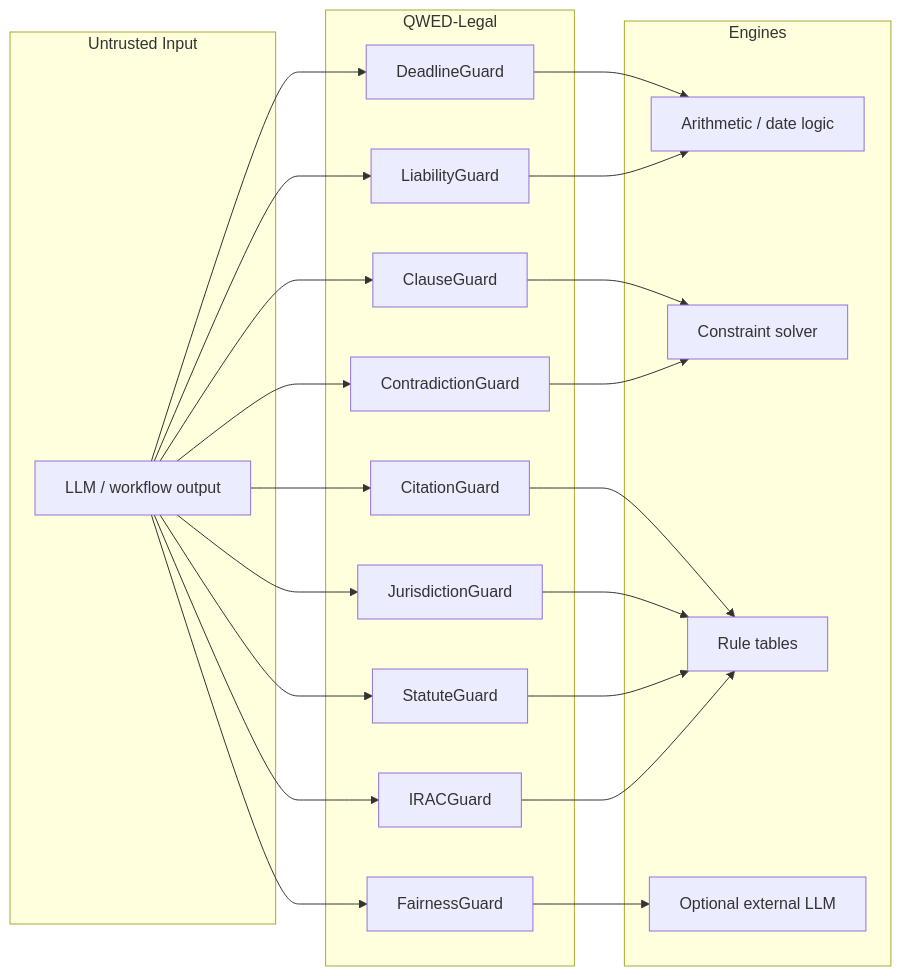
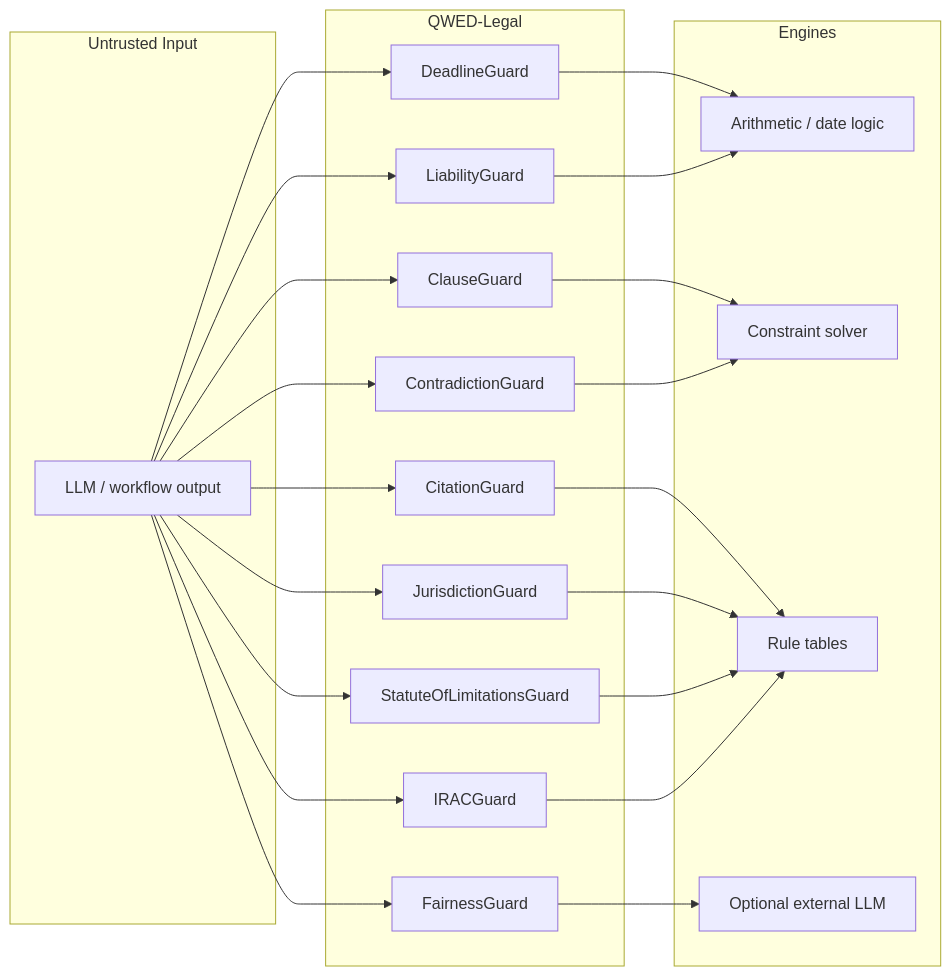
One commit to QWED-AI/qwed-legal changed the diagram in README.md. Above: the diagram before and after it, drawn with Mermaid. The commit also changed other lines of this file, not shown here.

````diff
--- a/README.md
+++ b/README.md
@@ -390,35 +390,35 @@
 ```mermaid
 flowchart LR
     subgraph "Untrusted Input"
         A["LLM / workflow output"]
     end
 
     subgraph "QWED-Legal"
         B["DeadlineGuard"]
         C["LiabilityGuard"]
         D["ClauseGuard"]
         E["CitationGuard"]
         F["JurisdictionGuard"]
-        G["StatuteGuard"]
+        G["StatuteOfLimitationsGuard"]
         H["ContradictionGuard"]
         I["IRACGuard"]
         J["FairnessGuard"]
     end
 
     subgraph "Engines"
         K["Arithmetic / date logic"]
         L["Constraint solver"]
         M["Rule tables"]
         N["Optional external LLM"]
     end
 
     A --> B --> K
     A --> C --> K
     A --> D --> L
     A --> E --> M
     A --> F --> M
     A --> G --> M
     A --> H --> L
     A --> I --> M
     A --> J --> N
 ```
````
